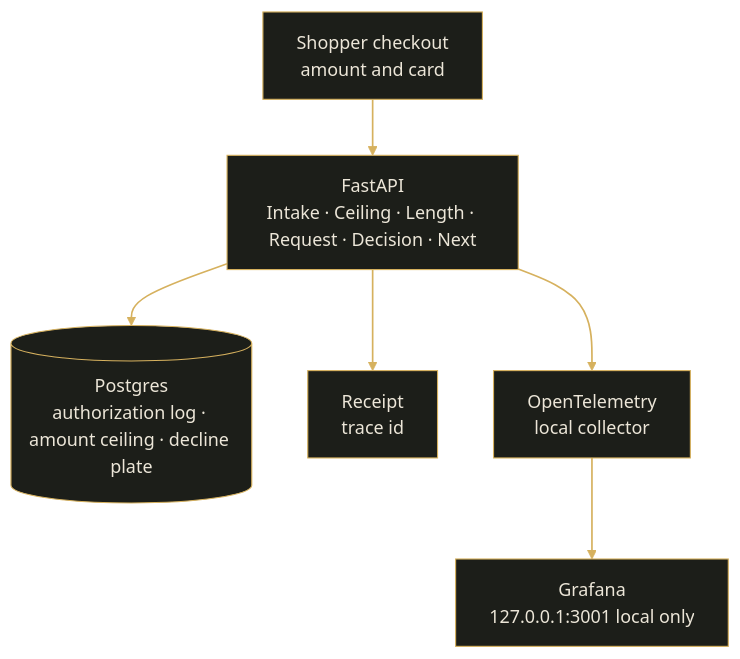
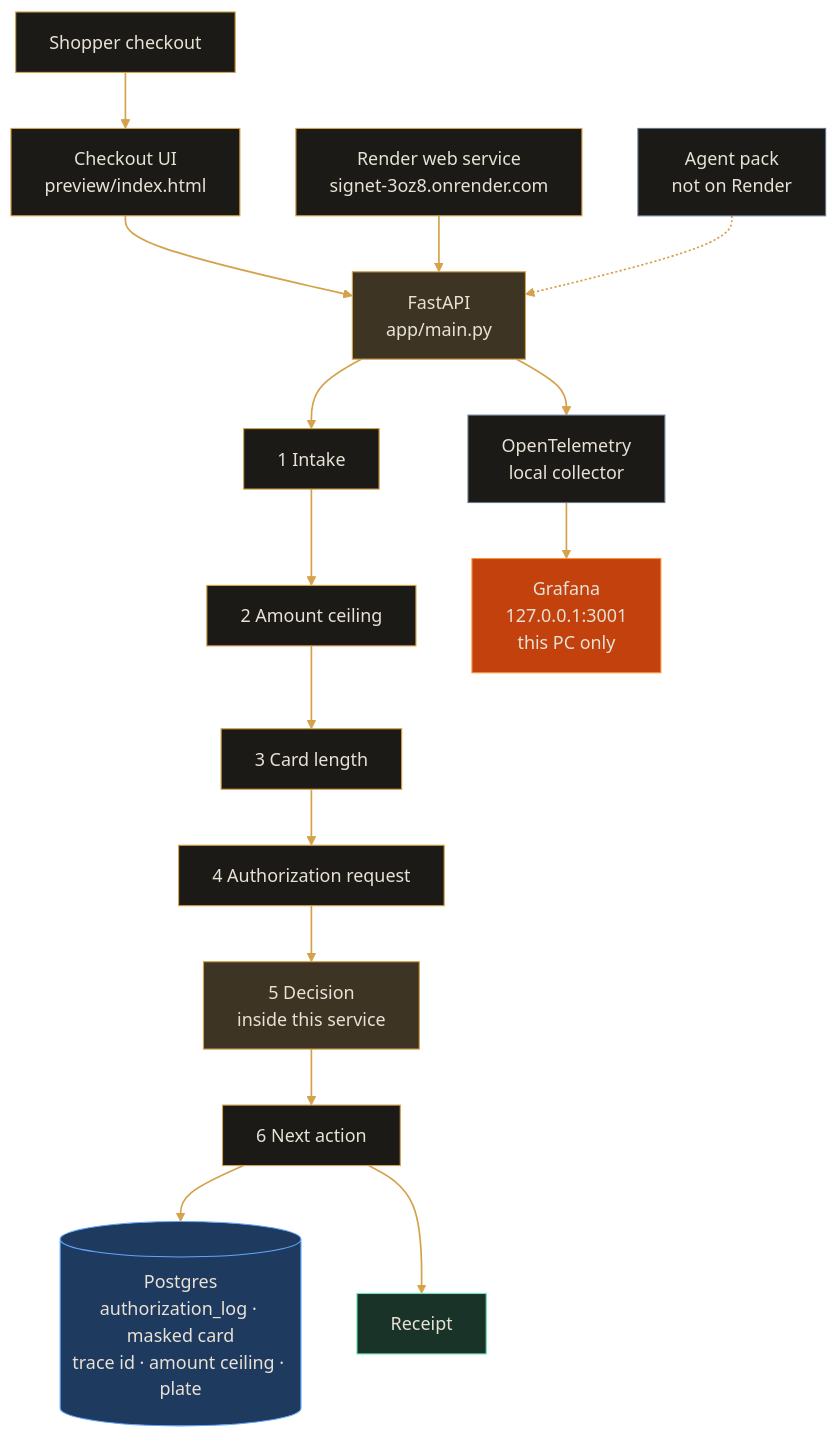
One commit to zakard114/signet changed the diagram in README.md. Above: the diagram before and after it, drawn with Mermaid (base theme). The commit also changed other lines of this file, not shown here.

````diff
--- a/README.md
+++ b/README.md
@@ -157,17 +232,35 @@
 ```mermaid
 flowchart TD
-    Shopper["Shopper checkout<br/>amount and card"] --> API["FastAPI<br/>Intake · Ceiling · Length · Request · Decision · Next"]
-    API --> PG[("Postgres<br/>authorization log · amount ceiling · decline plate")]
-    API --> Receipt["Receipt<br/>trace id"]
-    API --> OTel["OpenTelemetry<br/>local collector"]
-    OTel --> GF["Grafana<br/>127.0.0.1:3001 local only"]
+    Shopper["Shopper checkout"] --> UI["Checkout UI<br/>preview/index.html"]
+    UI --> API["FastAPI<br/>app/main.py"]
+    API --> S1["1 Intake"]
+    S1 --> S2["2 Amount ceiling"]
+    S2 --> S3["3 Card length"]
+    S3 --> S4["4 Authorization request"]
+    S4 --> S5["5 Decision<br/>inside this service"]
+    S5 --> S6["6 Next action"]
+    S6 --> PG[("Postgres<br/>authorization_log · masked card<br/>trace id · amount ceiling · plate")]
+    S6 --> Receipt["Receipt"]
+    API --> OTEL["OpenTelemetry<br/>local collector"]
+    OTEL --> GF["Grafana<br/>127.0.0.1:3001<br/>this PC only"]
+    Public["Render web service<br/>signet-3oz8.onrender.com"] --> API
+    Agent["Agent pack<br/>not on Render"] -.-> API
 
-    linkStyle default stroke:#d6b15e,stroke-width:1.5px
+    linkStyle default stroke:#d4a24a,stroke-width:1.5px
 
-    style Shopper fill:#1c1e19,color:#ece6d8,stroke:#d6b15e
-    style API fill:#1c1e19,color:#ece6d8,stroke:#d6b15e
-    style PG fill:#1c1e19,color:#ece6d8,stroke:#d6b15e
-    style Receipt fill:#1c1e19,color:#ece6d8,stroke:#d6b15e
-    style OTel fill:#1c1e19,color:#ece6d8,stroke:#d6b15e
-    style GF fill:#1c1e19,color:#ece6d8,stroke:#d6b15e
+    style Shopper fill:#1c1a16,color:#e8e2d6,stroke:#d4a24a
+    style UI fill:#1c1a16,color:#e8e2d6,stroke:#d4a24a
+    style API fill:#3d3424,color:#e8e2d6,stroke:#d4a24a
+    style S1 fill:#1c1a16,color:#e8e2d6,stroke:#d4a24a
+    style S2 fill:#1c1a16,color:#e8e2d6,stroke:#d4a24a
+    style S3 fill:#1c1a16,color:#e8e2d6,stroke:#d4a24a
+    style S4 fill:#1c1a16,color:#e8e2d6,stroke:#d4a24a
+    style S5 fill:#3d3424,color:#e8e2d6,stroke:#d4a24a
+    style S6 fill:#1c1a16,color:#e8e2d6,stroke:#d4a24a
+    style PG fill:#1e3a5f,color:#e8e2d6,stroke:#60a5fa
+    style Receipt fill:#1a3328,color:#e8e2d6,stroke:#6ee7b7
+    style OTEL fill:#1c1a16,color:#e8e2d6,stroke:#64748b
+    style GF fill:#c2410c,color:#e8e2d6,stroke:#fb923c
+    style Public fill:#1c1a16,color:#e8e2d6,stroke:#d4a24a
+    style Agent fill:#1c1a16,color:#e8e2d6,stroke:#64748b
 ```
````
